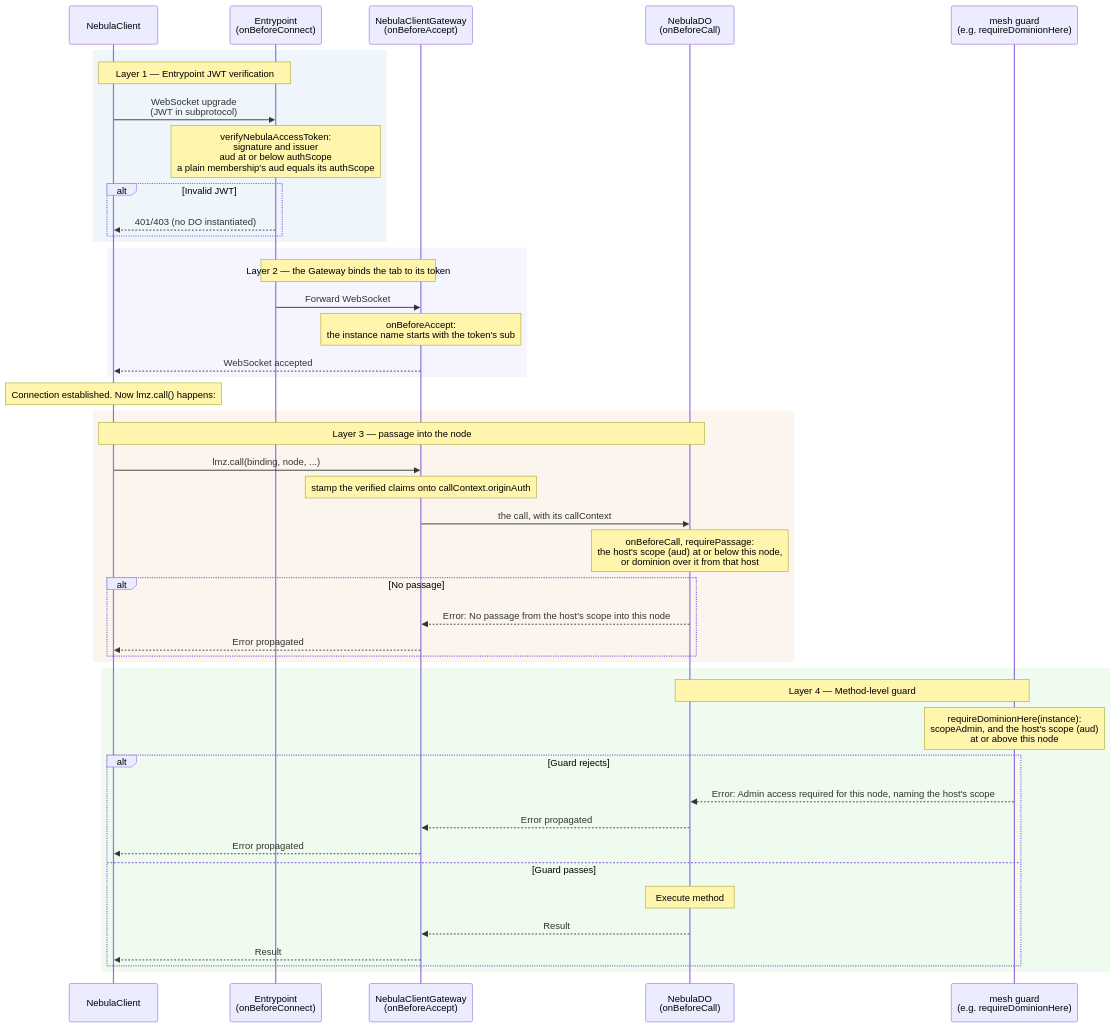
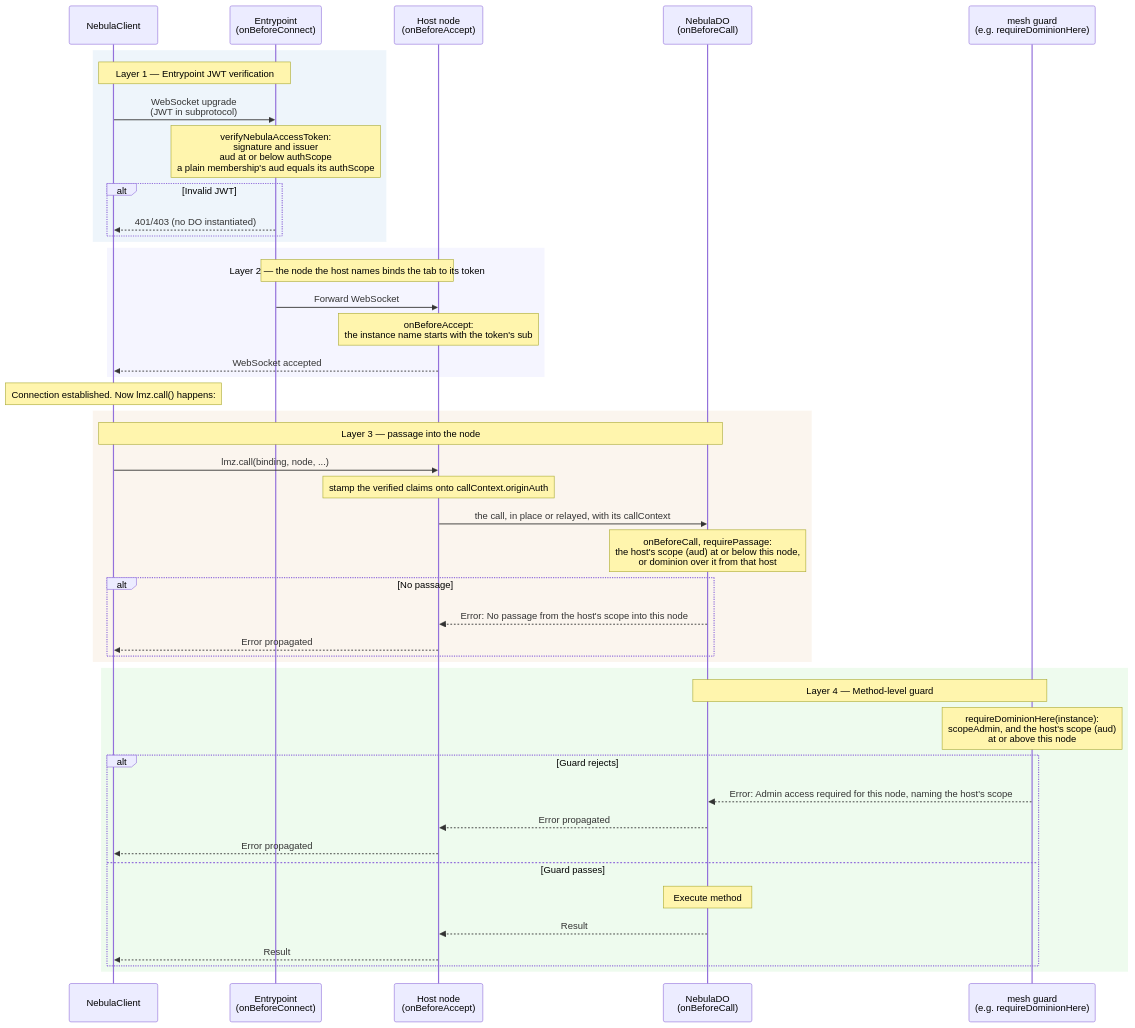
Before and after one commit to lumenize/lumenize: the fourth of 5 diagrams in website/docs/nebula/auth-flows.md, drawn with Mermaid. The commit also changed other lines of this file and 89 other files, not shown here.

First line of the commit message:
feat(nebula): Phase 5 of a Client connects to its scope's node — every Nebula page connects to its scope's node

````diff
--- a/website/docs/nebula/auth-flows.md
+++ b/website/docs/nebula/auth-flows.md
@@ -207,52 +207,52 @@
 ```mermaid
 sequenceDiagram
     participant C as NebulaClient
     participant EP as Entrypoint<br/>(onBeforeConnect)
-    participant GW as NebulaClientGateway<br/>(onBeforeAccept)
+    participant GW as Host node<br/>(onBeforeAccept)
     participant DO as NebulaDO<br/>(onBeforeCall)
     participant M as mesh guard<br/>(e.g. requireDominionHere)
 
     rect rgba(200, 220, 240, 0.3)
         Note over C,EP: Layer 1 — Entrypoint JWT verification
         C->>EP: WebSocket upgrade<br/>(JWT in subprotocol)
         Note over EP: verifyNebulaAccessToken:<br/>signature and issuer<br/>aud at or below authScope<br/>a plain membership's aud equals its authScope
         alt Invalid JWT
             EP-->>C: 401/403 (no DO instantiated)
         end
     end
 
     rect rgba(220, 220, 255, 0.3)
-        Note over EP,GW: Layer 2 — the Gateway binds the tab to its token
+        Note over EP,GW: Layer 2 — the node the host names binds the tab to its token
         EP->>GW: Forward WebSocket
         Note over GW: onBeforeAccept:<br/>the instance name starts with the token's sub
         GW-->>C: WebSocket accepted
     end
 
     Note over C: Connection established. Now lmz.call() happens:
 
     rect rgba(240, 220, 200, 0.3)
         Note over C,DO: Layer 3 — passage into the node
         C->>GW: lmz.call(binding, node, ...)
         Note over GW: stamp the verified claims onto callContext.originAuth
-        GW->>DO: the call, with its callContext
+        GW->>DO: the call, in place or relayed, with its callContext
         Note over DO: onBeforeCall, requirePassage:<br/>the host's scope (aud) at or below this node,<br/>or dominion over it from that host
         alt No passage
             DO-->>GW: Error: No passage from the host's scope into this node
             GW-->>C: Error propagated
         end
     end
 
     rect rgba(200, 240, 200, 0.3)
         Note over DO,M: Layer 4 — Method-level guard
         Note over M: requireDominionHere(instance):<br/>scopeAdmin, and the host's scope (aud)<br/>at or above this node
         alt Guard rejects
             M-->>DO: Error: Admin access required for this node, naming the host's scope
             DO-->>GW: Error propagated
             GW-->>C: Error propagated
         else Guard passes
             Note over DO: Execute method
             DO-->>GW: Result
             GW-->>C: Result
         end
     end
 ```
````
